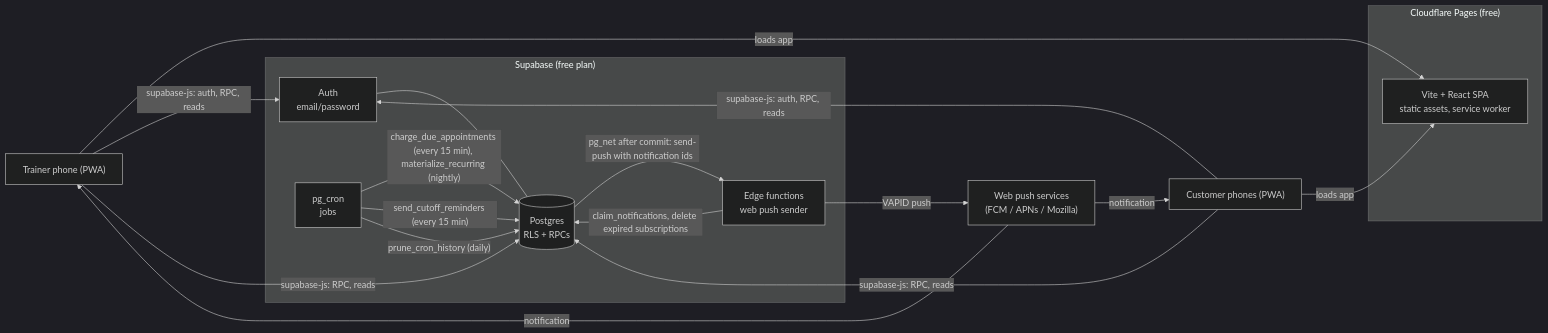
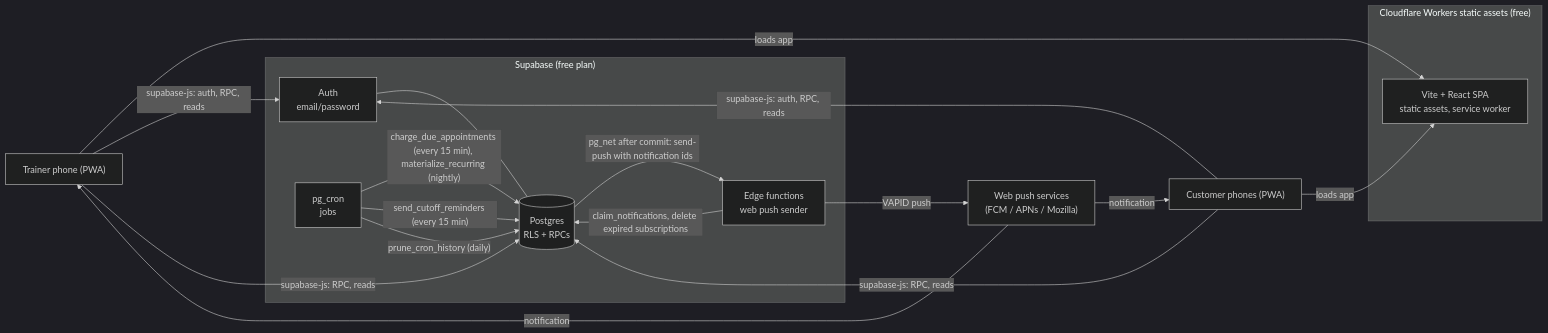
Before and after one commit to JasaGlazar/amrap: the diagram in docs/architecture/system-context.md, drawn with Mermaid (dark theme). The commit also changed other lines of this file and 18 other files, not shown here.

````diff
--- a/docs/architecture/system-context.md
+++ b/docs/architecture/system-context.md
@@ -10,31 +10,31 @@
 ```mermaid
 flowchart LR
     trainer["Trainer phone (PWA)"]
     customer["Customer phones (PWA)"]
-    subgraph cf["Cloudflare Pages (free)"]
+    subgraph cf["Cloudflare Workers static assets (free)"]
         spa["Vite + React SPA<br/>static assets, service worker"]
     end
     subgraph sb["Supabase (free plan)"]
         auth["Auth<br/>email/password"]
         pg[("Postgres<br/>RLS + RPCs")]
         cron["pg_cron<br/>jobs"]
         edge["Edge functions<br/>web push sender"]
     end
     push["Web push services<br/>(FCM / APNs / Mozilla)"]
 
     trainer -->|"loads app"| spa
     customer -->|"loads app"| spa
     trainer -->|"supabase-js: auth, RPC, reads"| auth
     trainer -->|"supabase-js: RPC, reads"| pg
     customer -->|"supabase-js: auth, RPC, reads"| auth
     customer -->|"supabase-js: RPC, reads"| pg
     auth --- pg
     cron -->|"charge_due_appointments (every 15 min), materialize_recurring (nightly)"| pg
     cron -->|"send_cutoff_reminders (every 15 min)"| pg
     cron -->|"prune_cron_history (daily)"| pg
     pg -->|"pg_net after commit: send-push with notification ids"| edge
     edge -->|"claim_notifications, delete expired subscriptions"| pg
     edge -->|"VAPID push"| push
     push -->|"notification"| trainer
     push -->|"notification"| customer
 ```
````
